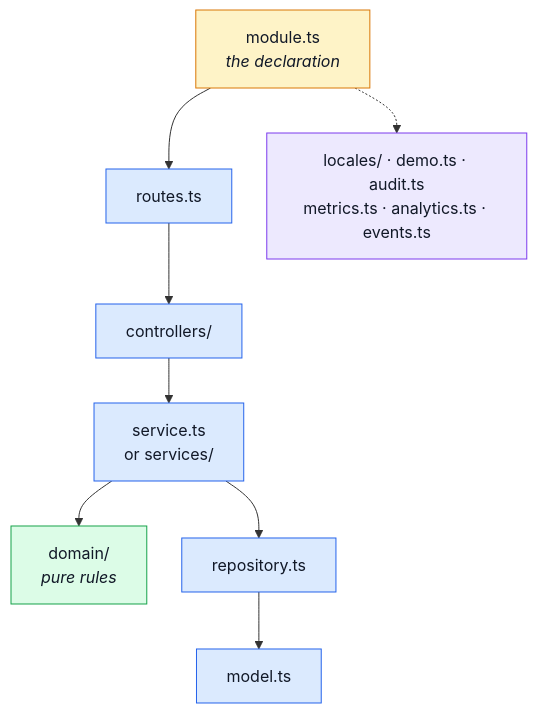
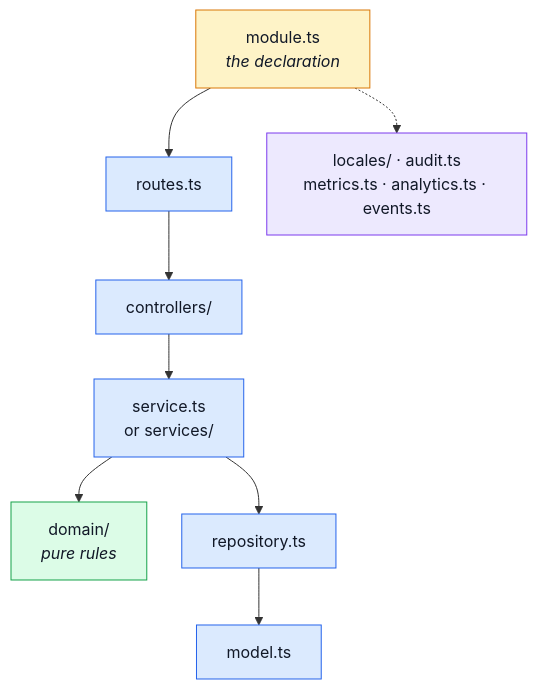
Before and after one commit to Guebbit/boilerplate-node-backend: the diagram in docs/reference/src-modules.md, drawn with Mermaid. The commit also changed other lines of this file and 163 other files, not shown here.

````diff
--- a/docs/reference/src-modules.md
+++ b/docs/reference/src-modules.md
@@ -26,20 +26,20 @@
 ```mermaid
 %%{init: {'flowchart': {'nodeSpacing': 35, 'rankSpacing': 45}}}%%
 flowchart TD
     Manifest["module.ts<br/><i>the declaration</i>"] --> Routes["routes.ts"]
     Routes --> Controllers["controllers/"]
     Controllers --> Service["service.ts<br/>or services/"]
     Service --> Domain["domain/<br/><i>pure rules</i>"]
     Service --> Repo["repository.ts"]
     Repo --> Model["model.ts"]
-    Manifest -.-> Side["locales/ · demo.ts · audit.ts<br/>metrics.ts · analytics.ts · events.ts"]
+    Manifest -.-> Side["locales/ · audit.ts<br/>metrics.ts · analytics.ts · events.ts"]
 
     classDef dec fill:#fef3c7,stroke:#d97706,color:#111827;
     classDef layer fill:#dbeafe,stroke:#2563eb,color:#111827;
     classDef pure fill:#dcfce7,stroke:#16a34a,color:#111827;
     classDef side fill:#ede9fe,stroke:#7c3aed,color:#111827;
     class Manifest dec;
     class Routes,Controllers,Service,Repo,Model layer;
     class Domain pure;
     class Side side;
 ```
````
